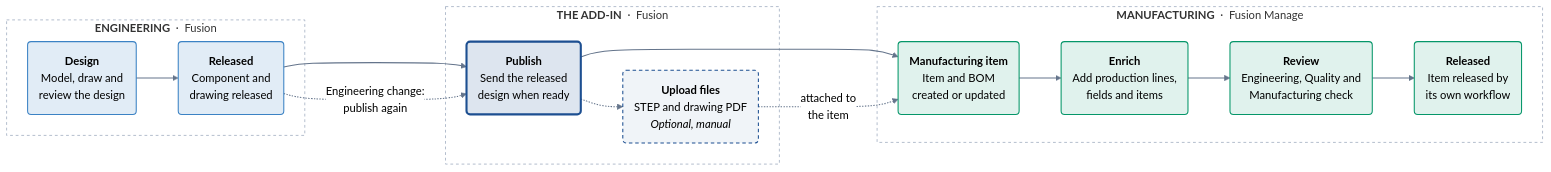
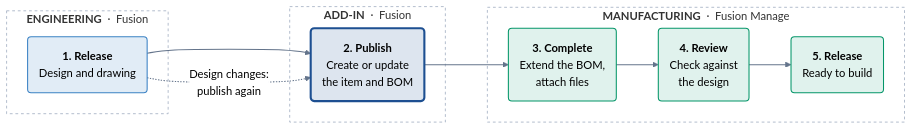
One commit to AHoop91/FusionToFusionManageAddon changed the diagram in docs/getting-started/workflow.md. Above: the diagram before and after it, drawn with Mermaid (neutral theme). The commit also changed other lines of this file and 53 other files, not shown here.

````diff
--- a/docs/getting-started/workflow.md
+++ b/docs/getting-started/workflow.md
@@ -41,37 +52,31 @@
 ```mermaid
 %%{init: {"flowchart": {"curve": "basis", "nodeSpacing": 40, "rankSpacing": 60, "padding": 16}}}%%
 flowchart LR
     subgraph ENG["<b>ENGINEERING</b> &nbsp;·&nbsp; Fusion"]
-        E1("<b>Design</b><br/>Model, draw and<br/>review the design")
-        E2("<b>Released</b><br/>Component and<br/>drawing released")
+        E1("<b>1. Release</b><br/>Design and drawing")
     end
 
-    subgraph ADD["<b>THE ADD-IN</b> &nbsp;·&nbsp; Fusion"]
-        A1("<b>Publish</b><br/>Send the released<br/>design when ready")
-        A2("<b>Upload files</b><br/>STEP and drawing PDF<br/><i>Optional, manual</i>")
+    subgraph ADD["<b>ADD-IN</b> &nbsp;·&nbsp; Fusion"]
+        A1("<b>2. Publish</b><br/>Create or update<br/>the item and BOM")
     end
 
     subgraph MFG["<b>MANUFACTURING</b> &nbsp;·&nbsp; Fusion Manage"]
-        M1("<b>Manufacturing item</b><br/>Item and BOM<br/>created or updated")
-        M2("<b>Enrich</b><br/>Add production lines,<br/>fields and items")
-        M3("<b>Review</b><br/>Engineering, Quality and<br/>Manufacturing check")
-        M4("<b>Released</b><br/>Item released by<br/>its own workflow")
+        M1("<b>3. Complete</b><br/>Extend the BOM,<br/>attach files")
+        M2("<b>4. Review</b><br/>Check against<br/>the design")
+        M3("<b>5. Release</b><br/>Ready to build")
     end
 
-    E1 --> E2 ==> A1 ==> M1 --> M2 --> M3 --> M4
-    A1 -.-> A2 -.->|"attached to<br/>the item"| M1
-    E2 -.->|"Engineering change:<br/>publish again"| A1
+    E1 ==> A1 ==> M1 --> M2 --> M3
+    E1 -.->|"Design changes:<br/>publish again"| A1
 
     classDef eng fill:#3b82c426,stroke:#3b82c4,stroke-width:1.5px
     classDef add fill:#1d4f9126,stroke:#1d4f91,stroke-width:3px
-    classDef opt fill:#1d4f9110,stroke:#1d4f91,stroke-width:1.5px,stroke-dasharray:5 4
     classDef mfg fill:#0596691f,stroke:#059669,stroke-width:1.5px
-    class E1,E2 eng
+    class E1 eng
     class A1 add
-    class A2 opt
-    class M1,M2,M3,M4 mfg
+    class M1,M2,M3 mfg
     style ENG fill:transparent,stroke:#94a3b8,stroke-dasharray:4 4
     style ADD fill:transparent,stroke:#94a3b8,stroke-dasharray:4 4
     style MFG fill:transparent,stroke:#94a3b8,stroke-dasharray:4 4
     linkStyle default stroke:#64748b,stroke-width:1.5px
 ```
````
